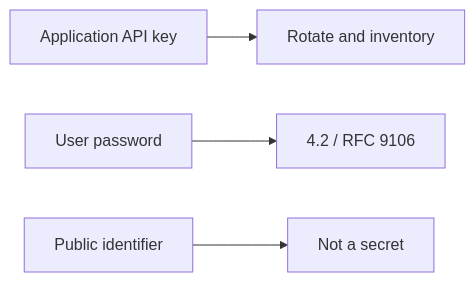
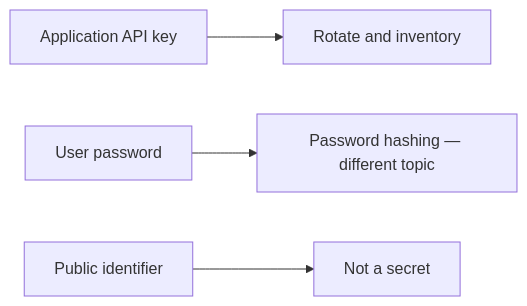
The second of 2 diagrams in content/modules/5/5.3/lessons/01-property.md (ishitvagoel/LearnSecurity), drawn with Mermaid before and after one commit. The commit also changed other lines of this file and 39 other files, not shown here.

````diff
--- a/content/modules/5/5.3/lessons/01-property.md
+++ b/content/modules/5/5.3/lessons/01-property.md
@@ -32,6 +31,6 @@
 ```mermaid
 flowchart LR
   App[Application API key] --> Rotate2[Rotate and inventory]
-  Pw[User password] --> KDF["4.2 / RFC 9106"]
+  Pw[User password] --> KDF["Password hashing — different topic"]
   Pub[Public identifier] --> NotSecret[Not a secret]
 ```
````
